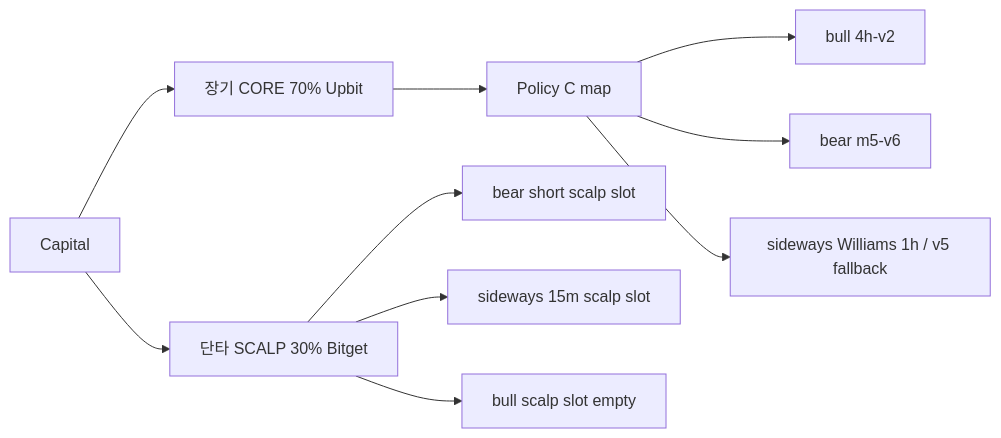
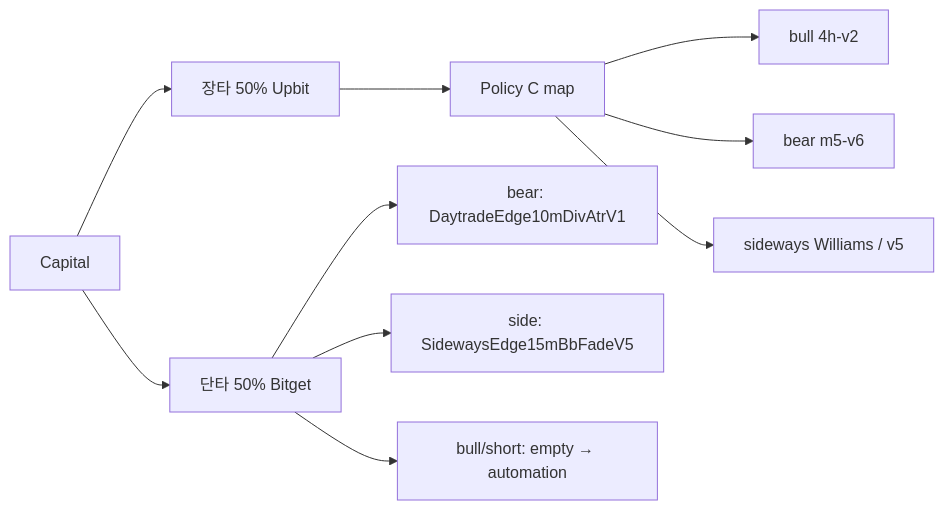
Before and after one commit to Mansejin/auto-trade: the diagram in docs/dual-sleeve-allocation.md, drawn with Mermaid. The commit also changed other lines of this file and 12 other files, not shown here.

First line of the commit message:
Promote daytrade-edge survivors into 50/50 SCALP live map on Bitget.

````diff
--- a/docs/dual-sleeve-allocation.md
+++ b/docs/dual-sleeve-allocation.md
@@ -19,12 +18,12 @@
 ```mermaid
 flowchart LR
-  Capital --> CORE["장기 CORE 70% Upbit"]
-  Capital --> SCALP["단타 SCALP 30% Bitget"]
+  Capital --> CORE["장타 50% Upbit"]
+  Capital --> SCALP["단타 50% Bitget"]
   CORE --> PC["Policy C map"]
   PC --> Bull["bull 4h-v2"]
   PC --> Bear["bear m5-v6"]
-  PC --> Side["sideways Williams 1h / v5 fallback"]
-  SCALP --> BS["bear short scalp slot"]
-  SCALP --> SS["sideways 15m scalp slot"]
-  SCALP --> BuS["bull scalp slot empty"]
+  PC --> Side["sideways Williams / v5"]
+  SCALP --> BL["bear: DaytradeEdge10mDivAtrV1"]
+  SCALP --> SS["side: SidewaysEdge15mBbFadeV5"]
+  SCALP --> BuS["bull/short: empty → automation"]
 ```
````
